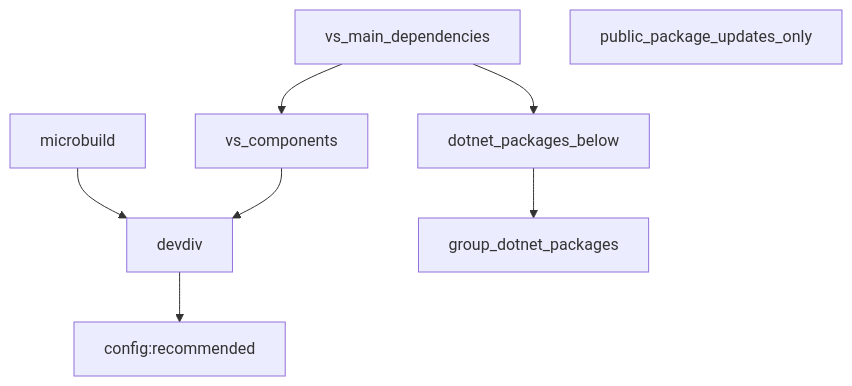
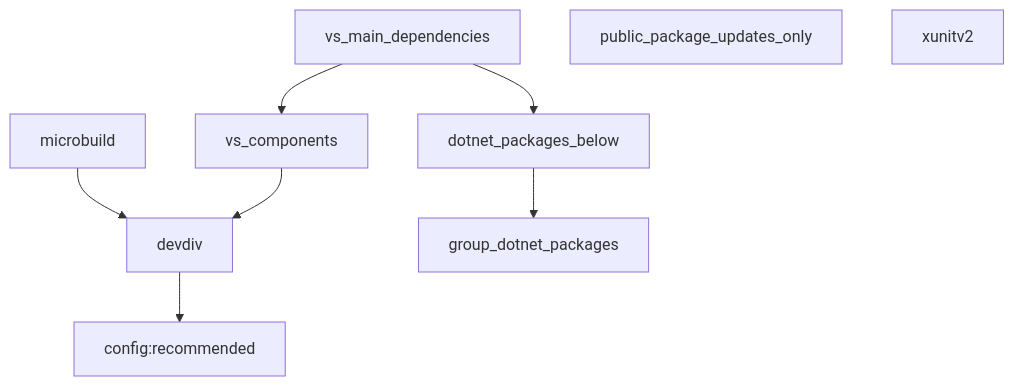
The diagram in README.md (microsoft/vs-renovate-presets), drawn with Mermaid before and after one commit. The commit also changed 1 other file, not shown here.

Commit message:
Add xunitv2 targeting preset

````diff
--- a/README.md
+++ b/README.md
@@ -10,10 +10,11 @@
 ```mermaid
 flowchart TD
     devdiv --> configRecommended["config:recommended"]
     dotnet_packages_below --> group_dotnet_packages
     microbuild --> devdiv
     vs_components --> devdiv
     vs_main_dependencies --> vs_components
     vs_main_dependencies --> dotnet_packages_below
     public_package_updates_only
+    xunitv2
 ```
````
